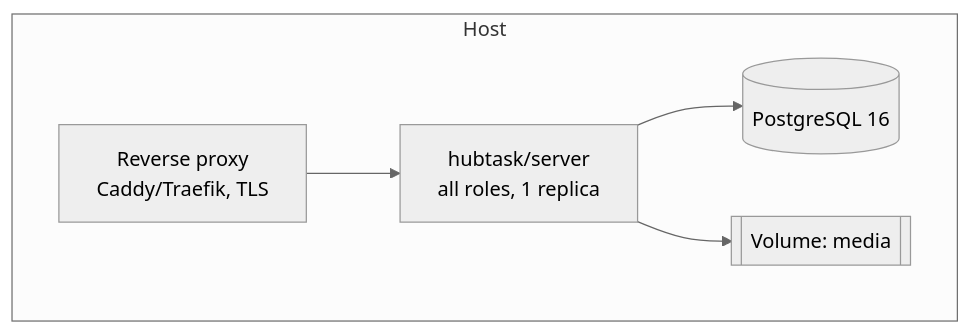
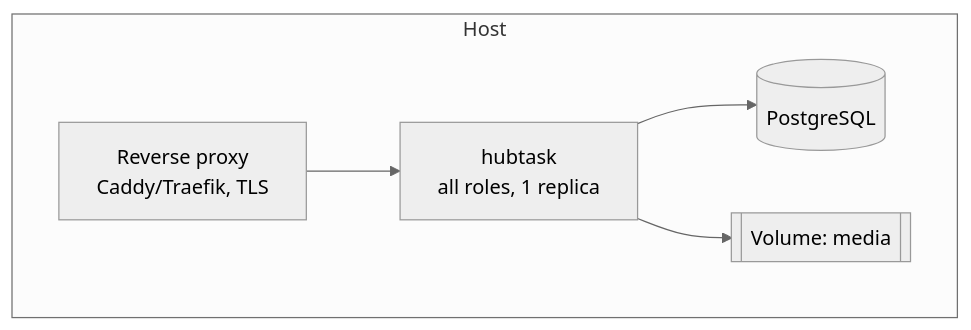
Before and after one commit to Jersyfi/hubtask: the sixth of 7 diagrams in docs/architecture/arc42.md, drawn with Mermaid (neutral theme). The commit also changed other lines of this file and 1979 other files, not shown here.

````diff
--- a/docs/architecture/arc42.md
+++ b/docs/architecture/arc42.md
@@ -487,12 +509,12 @@
 ```mermaid
 graph TB
   subgraph Host
     RP[Reverse proxy<br/>Caddy/Traefik, TLS]
-    APP[hubtask/server<br/>all roles, 1 replica]
-    PGC[(PostgreSQL 16)]
+    APP[hubtask<br/>all roles, 1 replica]
+    PGC[(PostgreSQL)]
     VOL[[Volume: media]]
   end
   RP --> APP
   APP --> PGC
   APP --> VOL
 ```
````
